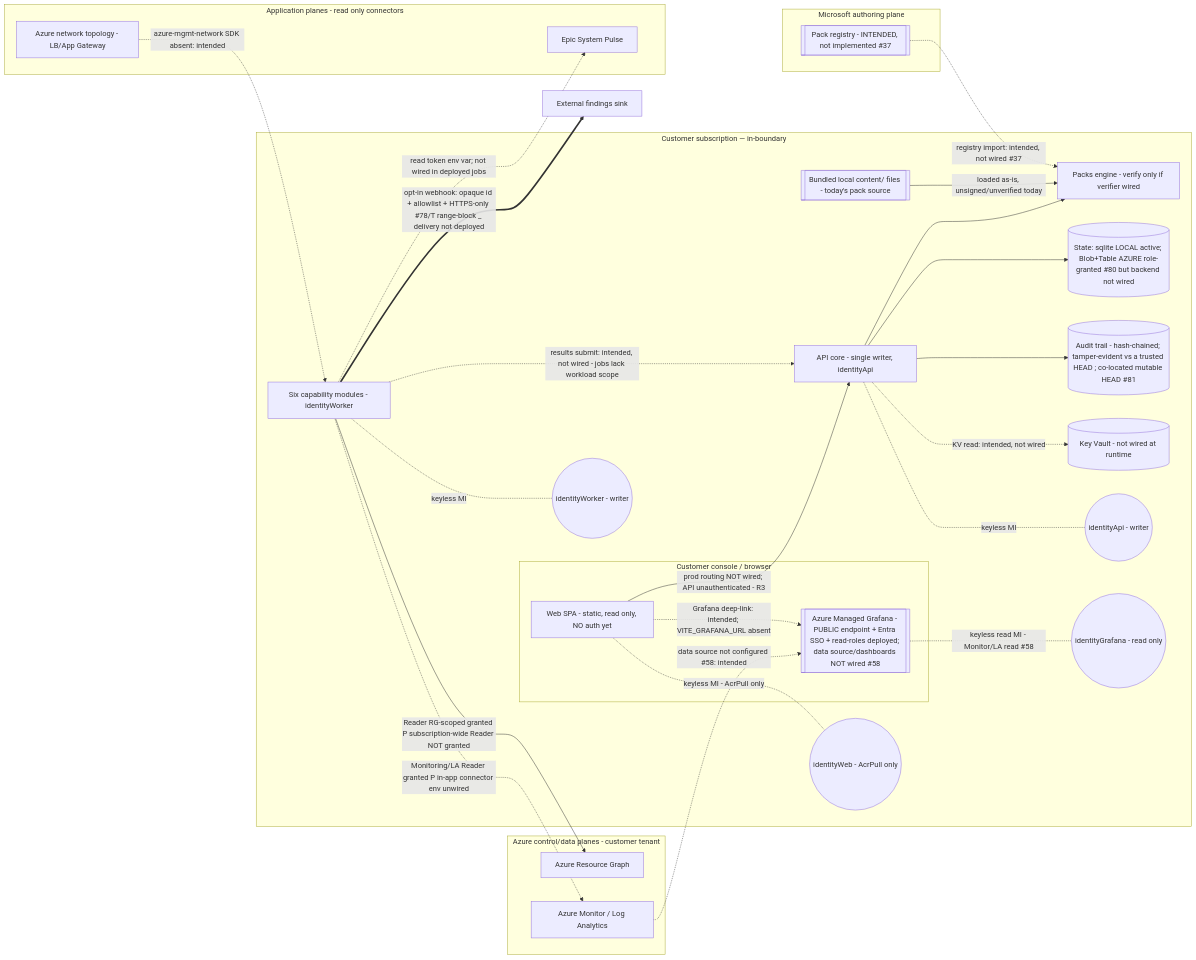
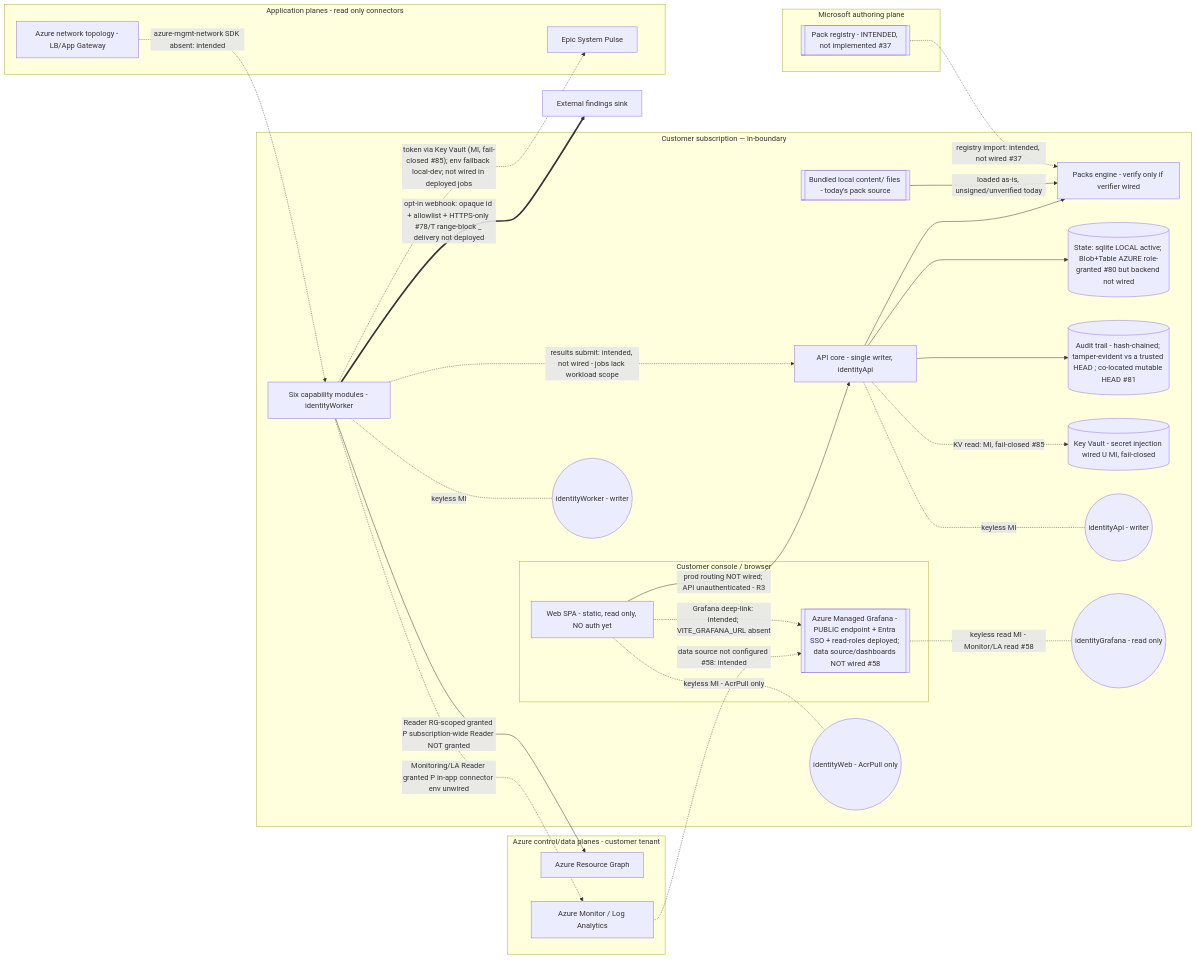
Before and after one commit to cabberley/workload-platform: the diagram in docs/security/threat-model.md, drawn with Mermaid. The commit also changed other lines of this file and 15 other files, not shown here.

First line of the commit message:
feat(security): Key Vault secret injection via Managed Identity (#85)

````diff
--- a/docs/security/threat-model.md
+++ b/docs/security/threat-model.md
@@ -65,50 +65,50 @@
 ```mermaid
 graph LR
     subgraph MSFT[Microsoft authoring plane]
         REG[[Pack registry - INTENDED, not implemented #37]]
     end
     subgraph CUST[Customer subscription — in-boundary]
         subgraph CP[Customer console / browser]
             WEB[Web SPA - static, read only, NO auth yet]
             GRAF[[Azure Managed Grafana - PUBLIC endpoint + Entra SSO + read-roles deployed; data source/dashboards NOT wired #58]]
         end
         BUNDLED[[Bundled local content/ files - today's pack source]]
         API[API core - single writer, identityApi]
         MOD[Six capability modules - identityWorker]
         PE[Packs engine - verify only if verifier wired]
         ST[(State: sqlite LOCAL active; Blob+Table AZURE role-granted #80 but backend not wired)]
         AUD[(Audit trail - hash-chained; tamper-evident vs a trusted HEAD #59; co-located mutable HEAD #81)]
-        KV[(Key Vault - not wired at runtime)]
+        KV[(Key Vault - secret injection wired #85; MI, fail-closed)]
         IDA((identityApi - writer))
         IDW((identityWorker - writer))
         IDWEB((identityWeb - AcrPull only))
         IDG((identityGrafana - read only))
     end
     subgraph AZ[Azure control/data planes - customer tenant]
         ARG[Azure Resource Graph]
         AM[Azure Monitor / Log Analytics]
     end
     subgraph APP[Application planes - read only connectors]
         SP[Epic System Pulse]
         NET[Azure network topology - LB/App Gateway]
     end
     REG -. registry import: intended, not wired #37 .-> PE
     BUNDLED -->|loaded as-is, unsigned/unverified today| PE
     WEB -->|prod routing NOT wired; API unauthenticated - R3| API
     WEB -. Grafana deep-link: intended; VITE_GRAFANA_URL absent .-> GRAF
     API --> ST
     API --> AUD
     API --> PE
     MOD -. results submit: intended, not wired - jobs lack workload scope .-> API
     API -. keyless MI .- IDA
     MOD -. keyless MI .- IDW
     WEB -. keyless MI - AcrPull only .- IDWEB
     GRAF -. keyless read MI - Monitor/LA read #58 .- IDG
     MOD -->|Reader RG-scoped granted #80; subscription-wide Reader NOT granted| ARG
     MOD -. Monitoring/LA Reader granted #80; in-app connector env unwired .-> AM
     AM -. data source not configured #58: intended .-> GRAF
-    MOD -. read token env var; not wired in deployed jobs .-> SP
+    MOD -. token via Key Vault (MI, fail-closed #85); env fallback local-dev; not wired in deployed jobs .-> SP
     NET -. azure-mgmt-network SDK absent: intended .-> MOD
     MOD ==>|opt-in webhook: opaque id + allowlist + HTTPS-only #78/#84; range-block #95; delivery not deployed| OUT[External findings sink]
-    API -. KV read: intended, not wired .-> KV
+    API -. KV read: MI, fail-closed #85 .-> KV
 ```
````
